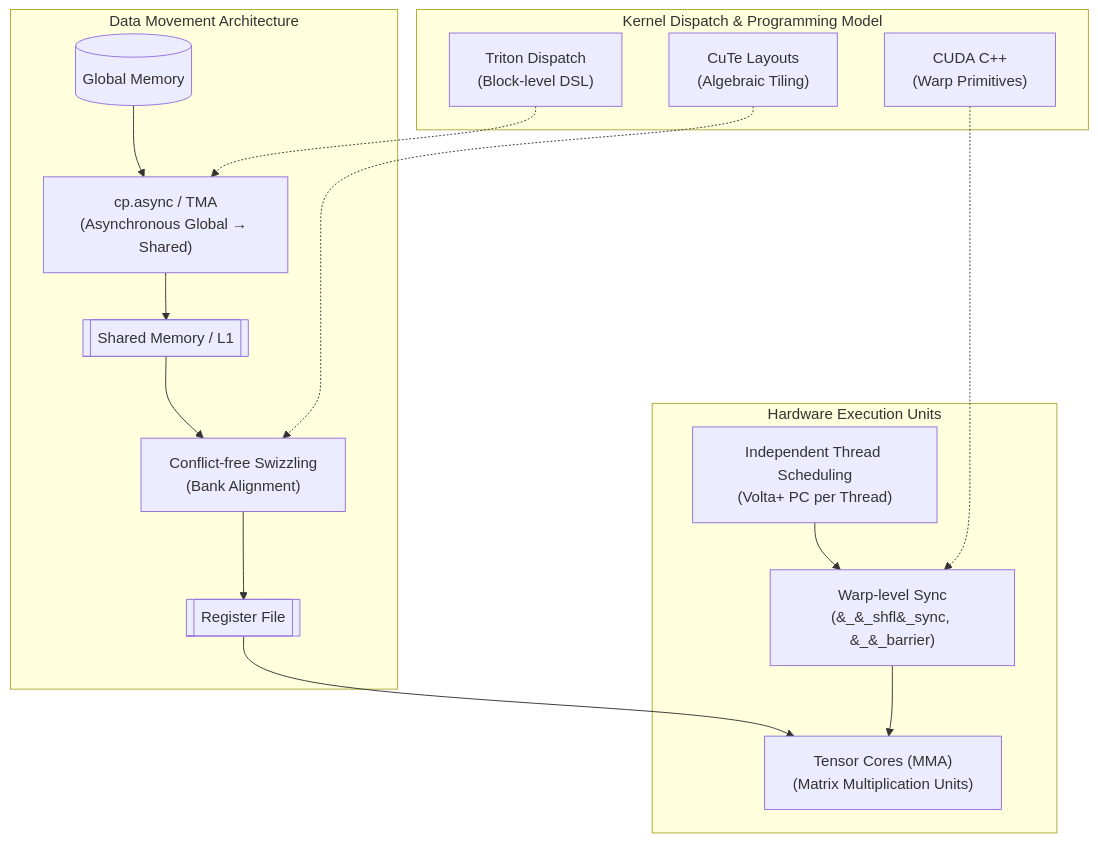
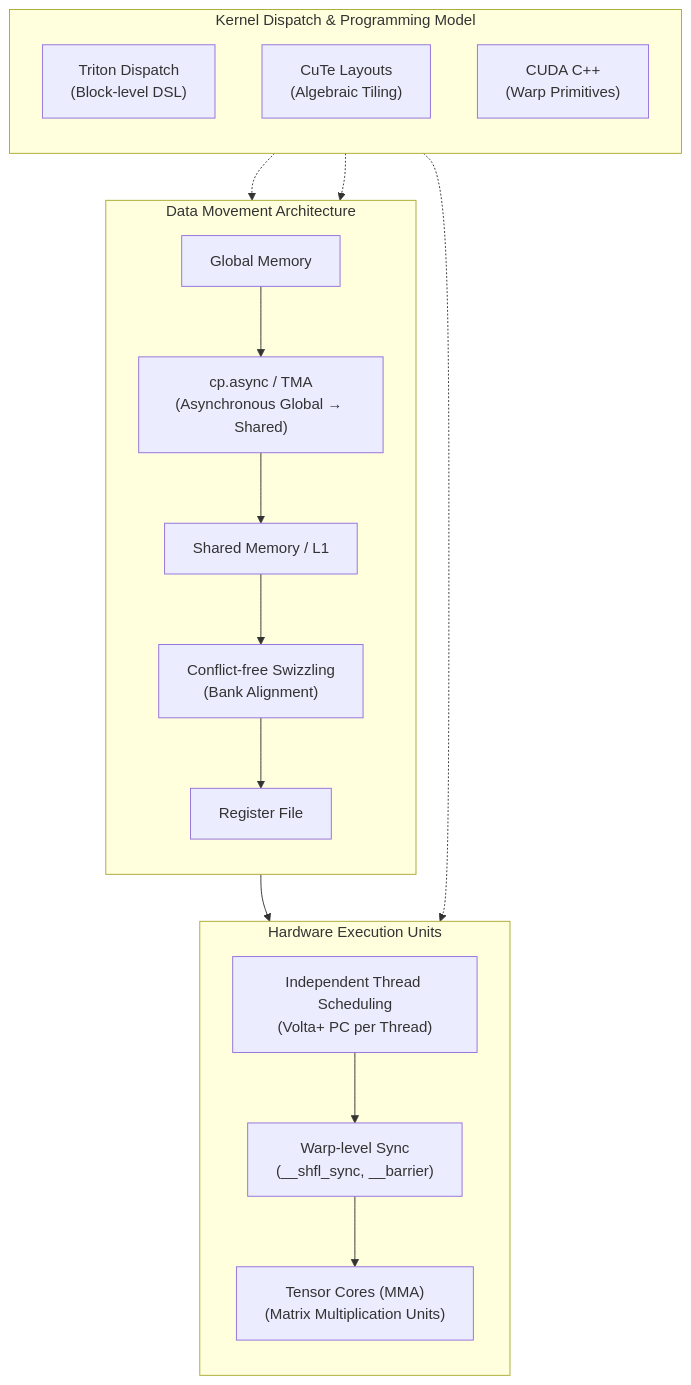
One commit to quanhua92/tutorials changed the diagram in vllm/courses/chapter_08_cuda_kernels.md. Above: the diagram before and after it, drawn with Mermaid. The commit also changed 10 other files, not shown here.

Commit message:
chore: improve vllm course mermaid styles

````diff
--- a/vllm/courses/chapter_08_cuda_kernels.md
+++ b/vllm/courses/chapter_08_cuda_kernels.md
@@ -3,36 +3,39 @@
 ```mermaid
-graph TD
-    subgraph Dispatch ["Kernel Dispatch &amp; Programming Model"]
+flowchart TB
+    subgraph Dispatch ["Kernel Dispatch & Programming Model"]
+        direction TB
         Triton["Triton Dispatch<br/>(Block-level DSL)"]
         CuTe["CuTe Layouts<br/>(Algebraic Tiling)"]
         CUDA["CUDA C++<br/>(Warp Primitives)"]
     end
 
     subgraph Memory ["Data Movement Architecture"]
-        Global[("Global Memory")]
-        Shared[["Shared Memory / L1"]]
-        Regs[["Register File"]]
+        direction TB
+        Global["Global Memory"]
+        Shared["Shared Memory / L1"]
+        Regs["Register File"]
         
         CP_Async["cp.async / TMA<br/>(Asynchronous Global &rarr; Shared)"]
         Tiling["Conflict-free Swizzling<br/>(Bank Alignment)"]
         
         Global --> CP_Async
         CP_Async --> Shared
         Shared --> Tiling
         Tiling --> Regs
     end
 
     subgraph Execution ["Hardware Execution Units"]
+        direction TB
         SIMT["Independent Thread Scheduling<br/>(Volta+ PC per Thread)"]
         MMA["Tensor Cores (MMA)<br/>(Matrix Multiplication Units)"]
-        Warp["Warp-level Sync<br/>(&#95;&#95;shfl&#95;sync, &#95;&#95;barrier)"]
+        Warp["Warp-level Sync<br/>(__shfl_sync, __barrier)"]
         
         Regs --> MMA
         SIMT --> Warp
         Warp --> MMA
     end
 
     Triton -.-> CP_Async
     CuTe -.-> Tiling
     CUDA -.-> Warp
 ```
````
